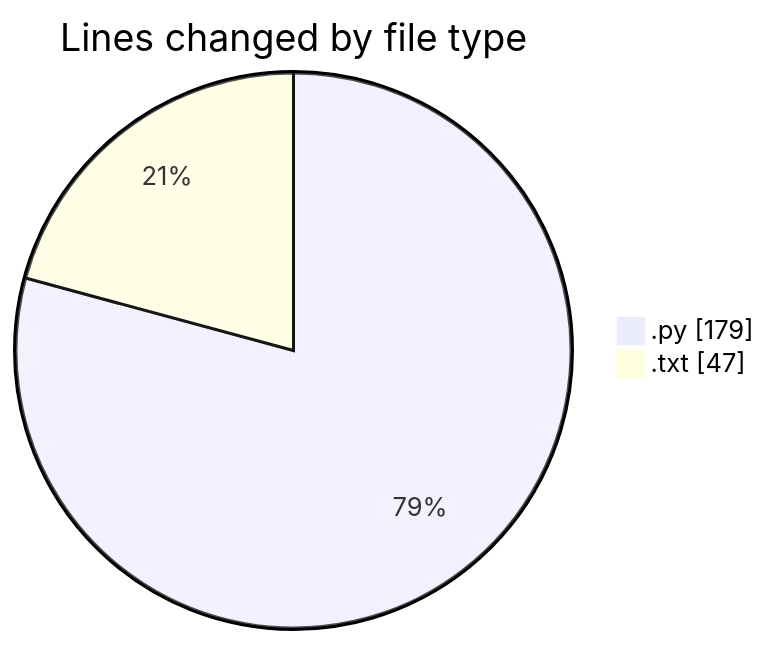
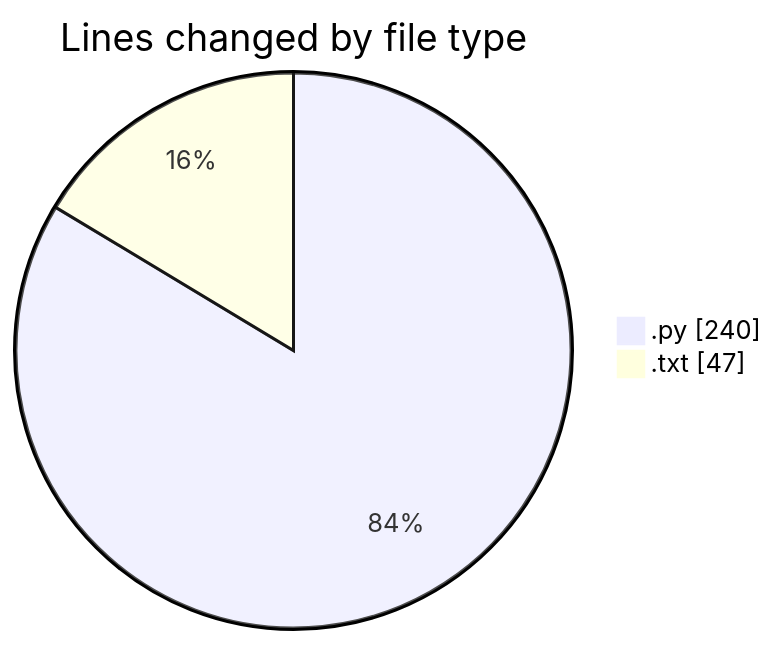
Before and after one commit to momahboobian/code-tracking: the first of 2 diagrams in 2025-02-19/samplepdf/README.md, drawn with Mermaid. The commit also changed other lines of this file and 1 other file, not shown here.

````diff
--- a/2025-02-19/samplepdf/README.md
+++ b/2025-02-19/samplepdf/README.md
@@ -22,6 +22,6 @@
 ```mermaid
 pie showData
 title Lines changed by file type
-".py" : 179
+".py" : 240
 ".txt" : 47
 ```
````
